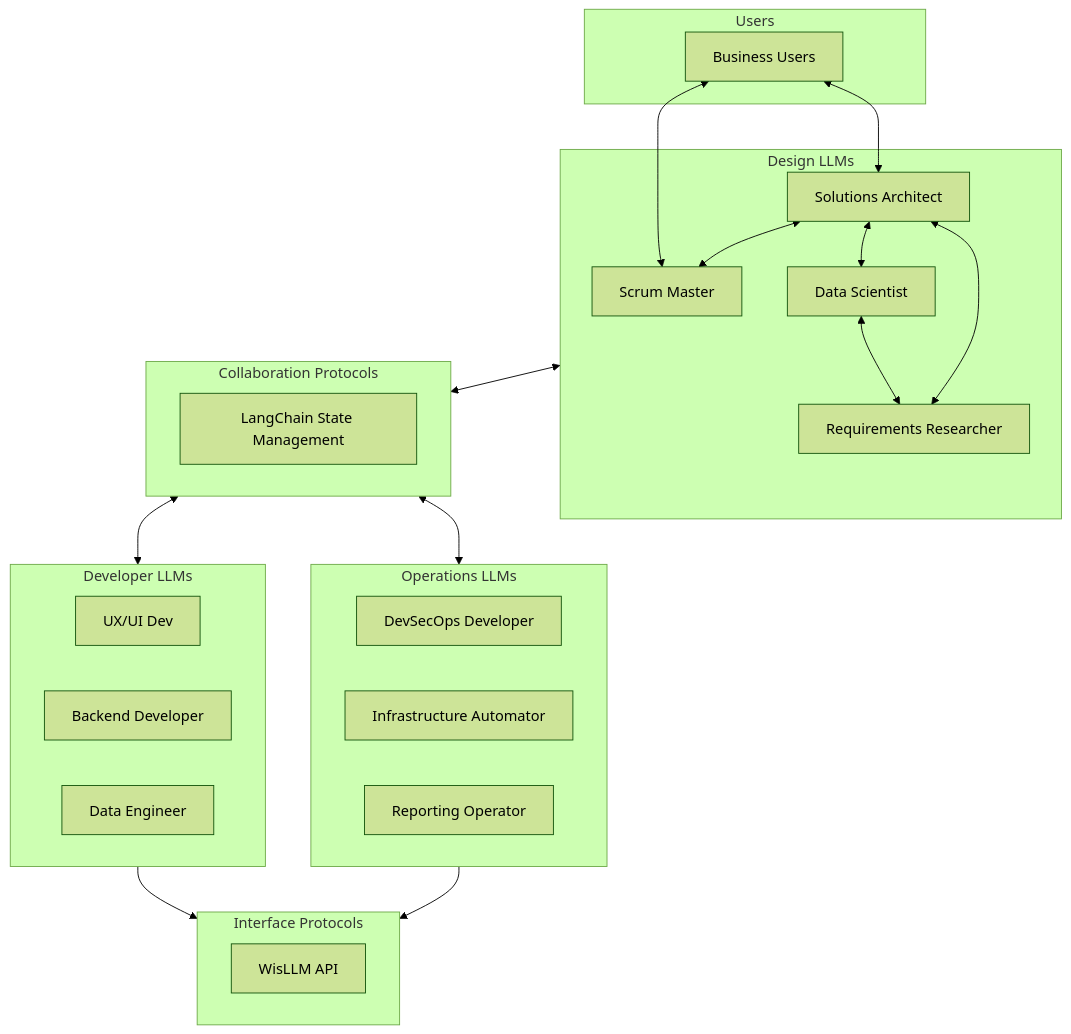
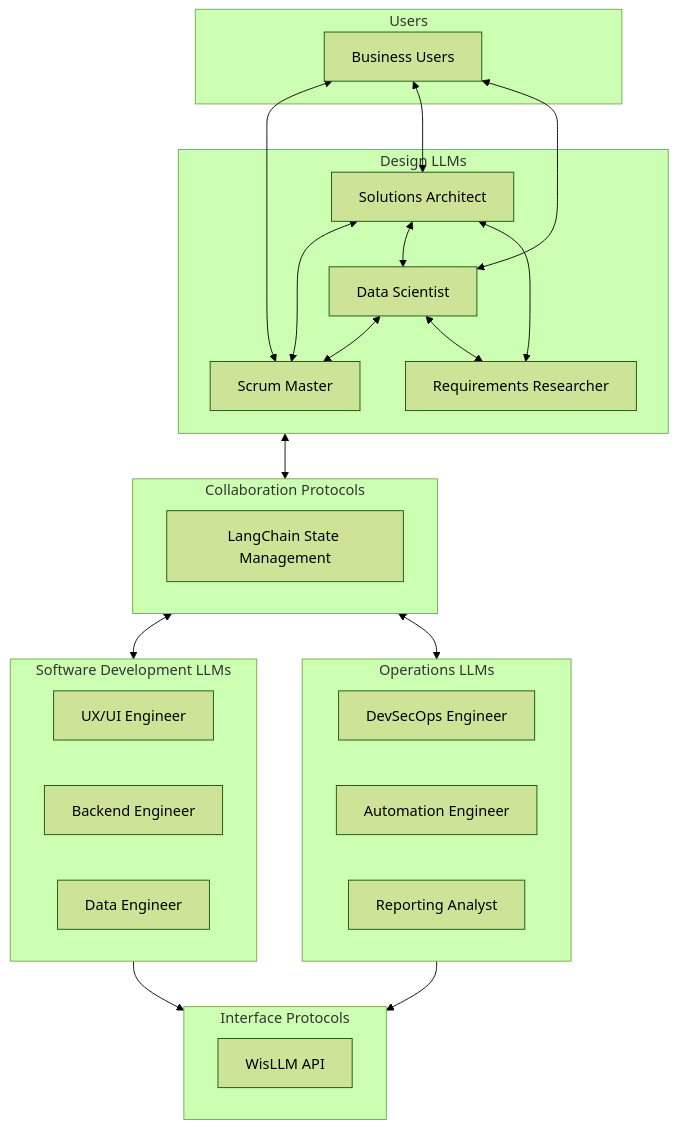
One commit to uhstray-io/WisLLM changed the diagram in README.md. Above: the diagram before and after it, drawn with Mermaid (forest theme). The commit also changed other lines of this file and 8 other files, not shown here.

````diff
--- a/README.md
+++ b/README.md
@@ -27,49 +27,51 @@
 ```mermaid
 flowchart TD
     subgraph Users
         User[Business Users]
     end
 
     subgraph Design[Design LLMs]
         Scrum[Scrum Master]
         Architect[Solutions Architect]
         DataScientist[Data Scientist]
         Researcher[Requirements Researcher]
     end
 
     subgraph Collab[Collaboration Protocols]
         LangChain[LangChain State Management]
     end
 
-    subgraph Dev[Developer LLMs]
-        UXUI[UX/UI Dev]
-        Backend[Backend Developer]
+    subgraph Dev[Software Development LLMs]
+        UXUI[UX/UI Engineer]
+        Backend[Backend Engineer]
         Data[Data Engineer]
     end
 
     subgraph Ops[Operations LLMs]
-        DevSecOps[DevSecOps Developer]
-        Infrastructure[Infrastructure Automator]
-        Reporter[Reporting Operator]
+        DevSecOps[DevSecOps Engineer]
+        Infrastructure[Automation Engineer]
+        Reporter[Reporting Analyst]
     end
 
     subgraph Int[Interface Protocols]
         WisLLM[WisLLM API]
     end
 
     User <--> Scrum
     User <--> Architect
+    User <--> DataScientist
 
     Architect <--> Scrum
     Architect <--> DataScientist
     
     Architect <--> Researcher
+    DataScientist <--> Scrum
     DataScientist <--> Researcher
 
     Design <--> Collab
     Collab <--> Dev
     Collab <--> Ops
 
     Dev --> Int
     Ops --> Int
 ```
````
